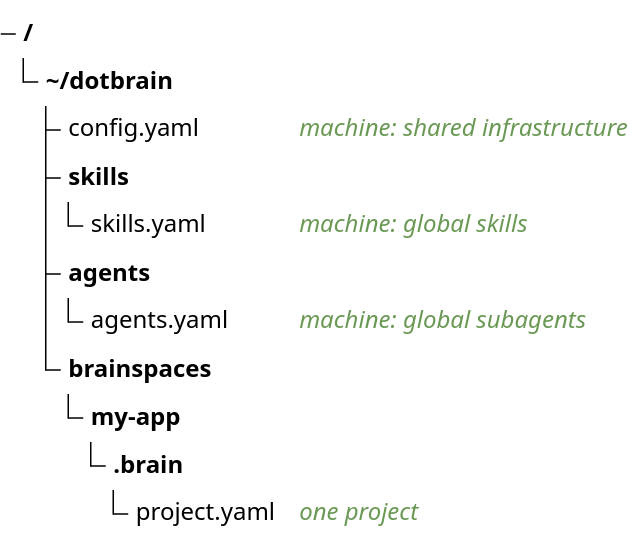
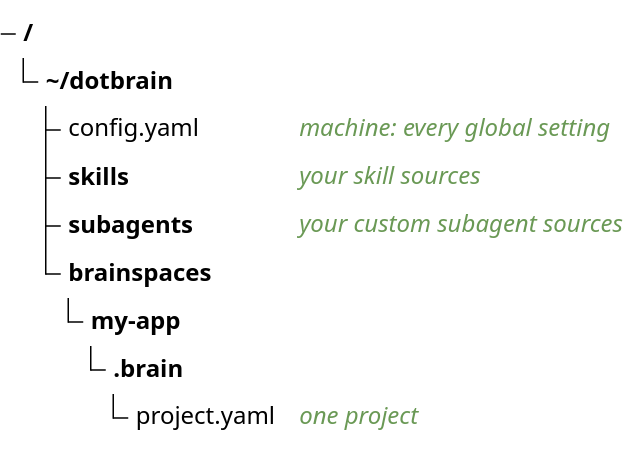
Before and after one commit to arminzou/dotbrain: the diagram in docs/configuration.md, drawn with Mermaid. The commit also changed other lines of this file and 39 other files, not shown here.

First line of the commit message:
feat(config)!: consolidate global settings into config.yaml

````diff
--- a/docs/configuration.md
+++ b/docs/configuration.md
@@ -6,14 +6,12 @@
 ```mermaid
 treeView-beta
   accTitle: Where dotbrain's configuration files live
   ~/dotbrain/
-    config.yaml ## machine: shared infrastructure
-    skills/
-      skills.yaml ## machine: global skills
-    agents/
-      agents.yaml ## machine: global subagents
+    config.yaml ## machine: every global setting
+    skills/ ## your skill sources
+    subagents/ ## your custom subagent sources
     brainspaces/
       my-app/
         .brain/
           project.yaml ## one project
 ```
````
